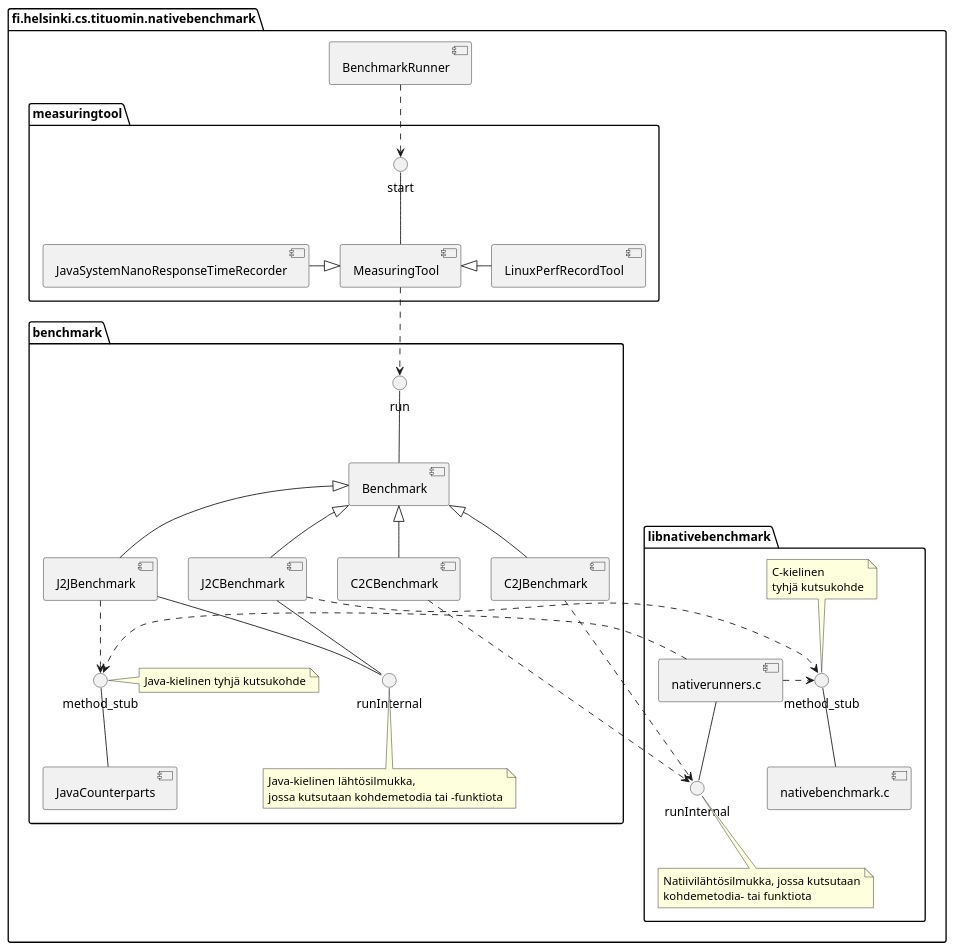
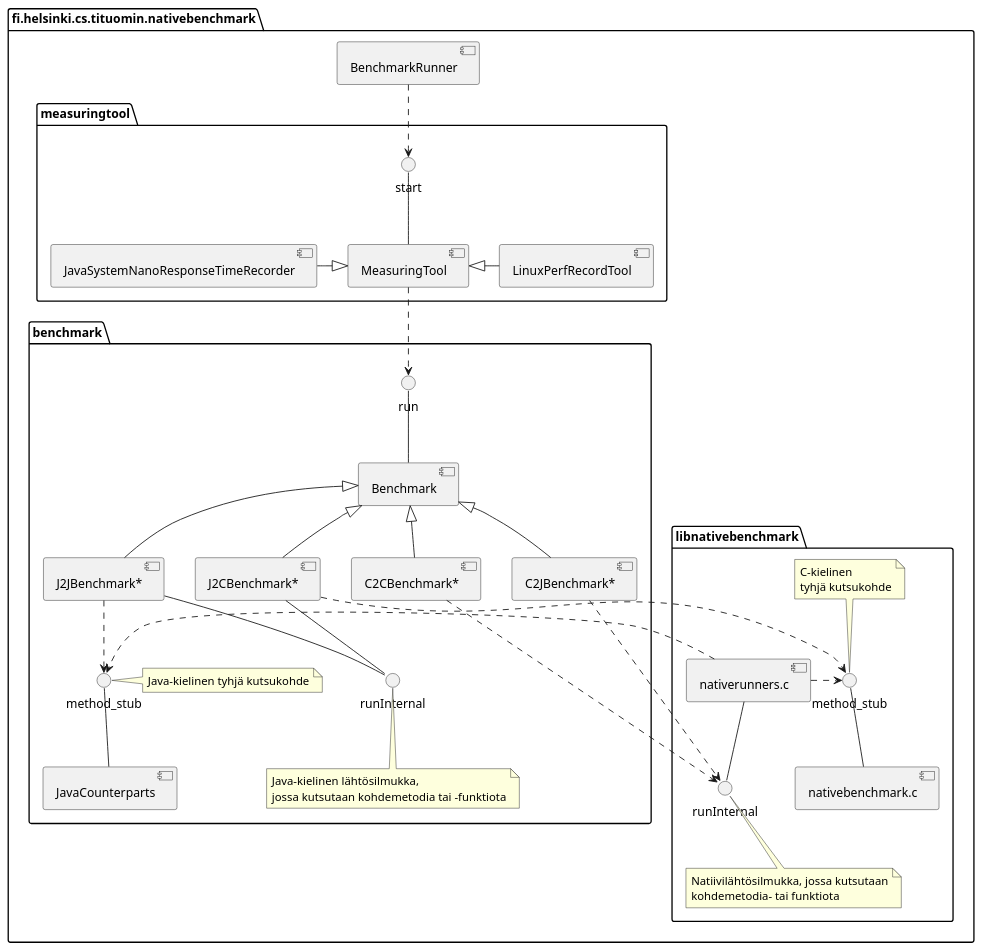
One commit to tituomin/gradu changed the diagram in paper/src/figures/architecture-nativebenchmark.puml. Above: the diagram before and after it, drawn with PlantUML. The commit also changed 5 other files, not shown here.

```diff
--- a/paper/src/figures/architecture-nativebenchmark.puml
+++ b/paper/src/figures/architecture-nativebenchmark.puml
@@ -1,50 +1,50 @@
 package "fi.helsinki.cs.tituomin.nativebenchmark" {
   package "measuringtool" {
     () start -- [MeasuringTool]
     [JavaSystemNanoResponseTimeRecorder] -|> [MeasuringTool]
     [MeasuringTool] <|- [LinuxPerfRecordTool]
   }
 
   package "benchmark" {
     () run -- [Benchmark]
     () method_stub
     method_stub -- [JavaCounterparts]
-    [J2JBenchmark]
-    [J2CBenchmark]
+    [J2JBenchmark*]
+    [J2CBenchmark*]
     () runInternal as runInternalJava
-    [J2JBenchmark] -- () runInternalJava
-    [J2CBenchmark] -- () runInternalJava
-    [C2CBenchmark]
-    [C2JBenchmark]
+    [J2JBenchmark*] -- () runInternalJava
+    [J2CBenchmark*] -- () runInternalJava
+    [C2CBenchmark*]
+    [C2JBenchmark*]
 
-    [Benchmark] <|-- [J2JBenchmark]
-    [Benchmark] <|-- [J2CBenchmark]
-    [Benchmark] <|-- [C2CBenchmark]
-    [Benchmark] <|-- [C2JBenchmark]
+    [Benchmark] <|-- [J2JBenchmark*]
+    [Benchmark] <|-- [J2CBenchmark*]
+    [Benchmark] <|-- [C2CBenchmark*]
+    [Benchmark] <|-- [C2JBenchmark*]
 
     note bottom of runInternalJava : Java-kielinen lähtösilmukka,\njossa kutsutaan kohdemetodia tai -funktiota
     note left of method_stub : Java-kielinen tyhjä kutsukohde
 
   }
 
   [BenchmarkRunner] ..> start
   [MeasuringTool] ..> run
 
   package "libnativebenchmark" {
     () runInternal
     () method_stub as nativemethod_stub
     [nativerunners.c] -- runInternal
     nativemethod_stub -- [nativebenchmark.c]
 
     note bottom of runInternal : Natiivilähtösilmukka, jossa kutsutaan\nkohdemetodia- tai funktiota
     note top of nativemethod_stub : C-kielinen\ntyhjä kutsukohde
 
   }
 }
 
-[C2CBenchmark] ..> runInternal
-[C2JBenchmark] ..> runInternal
-[J2CBenchmark] ..> nativemethod_stub
+[C2CBenchmark*] ..> runInternal
+[C2JBenchmark*] ..> runInternal
+[J2CBenchmark*] ..> nativemethod_stub
 [nativerunners.c] .> nativemethod_stub
 [nativerunners.c] .> method_stub
-[J2JBenchmark] ..> method_stub
+[J2JBenchmark*] ..> method_stub
```
